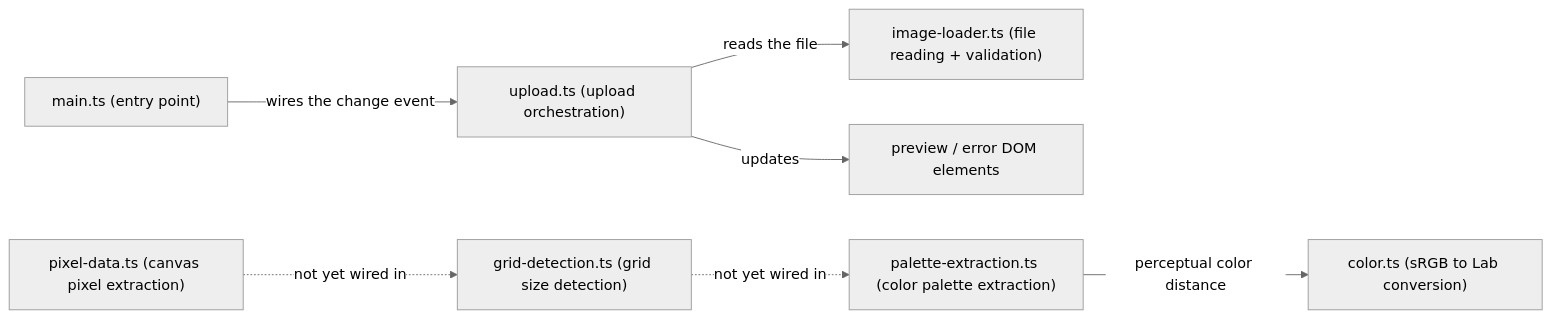
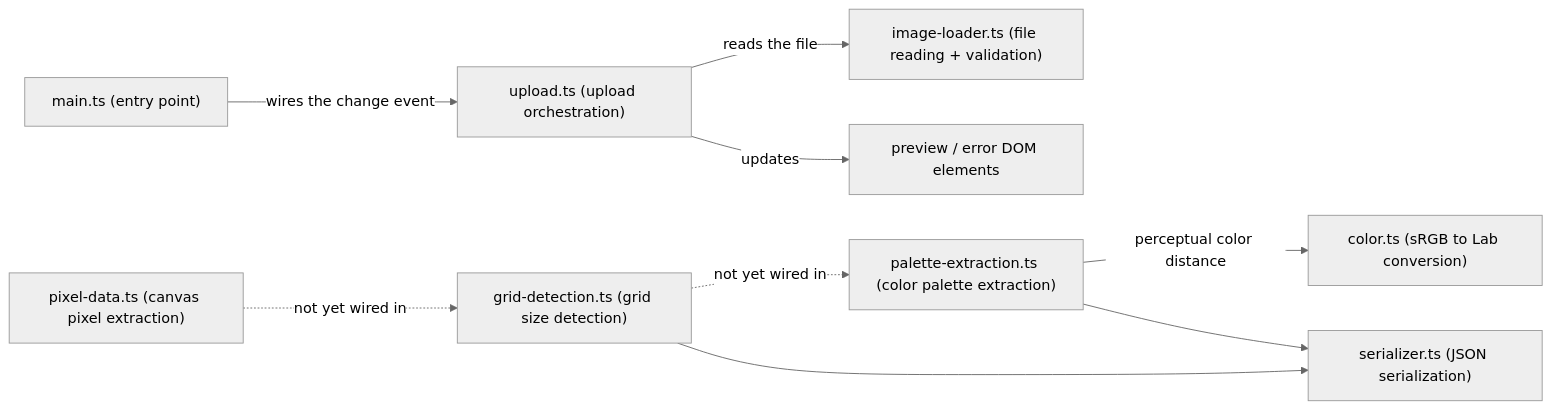
One commit to neolao/pixel-art-serializer changed the diagram in docs/architecture.md. Above: the diagram before and after it, drawn with Mermaid (neutral theme). The commit also changed other lines of this file and 3 other files, not shown here.

````diff
--- a/docs/architecture.md
+++ b/docs/architecture.md
@@ -7,9 +7,11 @@
 ```mermaid
 flowchart LR
     main["main.ts (entry point)"] -->|wires the change event| upload["upload.ts (upload orchestration)"]
     upload -->|reads the file| loader["image-loader.ts (file reading + validation)"]
     upload -->|updates| dom["preview / error DOM elements"]
     pixeldata["pixel-data.ts (canvas pixel extraction)"] -.not yet wired in.-> griddetect["grid-detection.ts (grid size detection)"]
     griddetect -.not yet wired in.-> palette["palette-extraction.ts (color palette extraction)"]
     palette -->|perceptual color distance| color["color.ts (sRGB to Lab conversion)"]
+    griddetect --> serializer["serializer.ts (JSON serialization)"]
+    palette --> serializer
 ```
````
